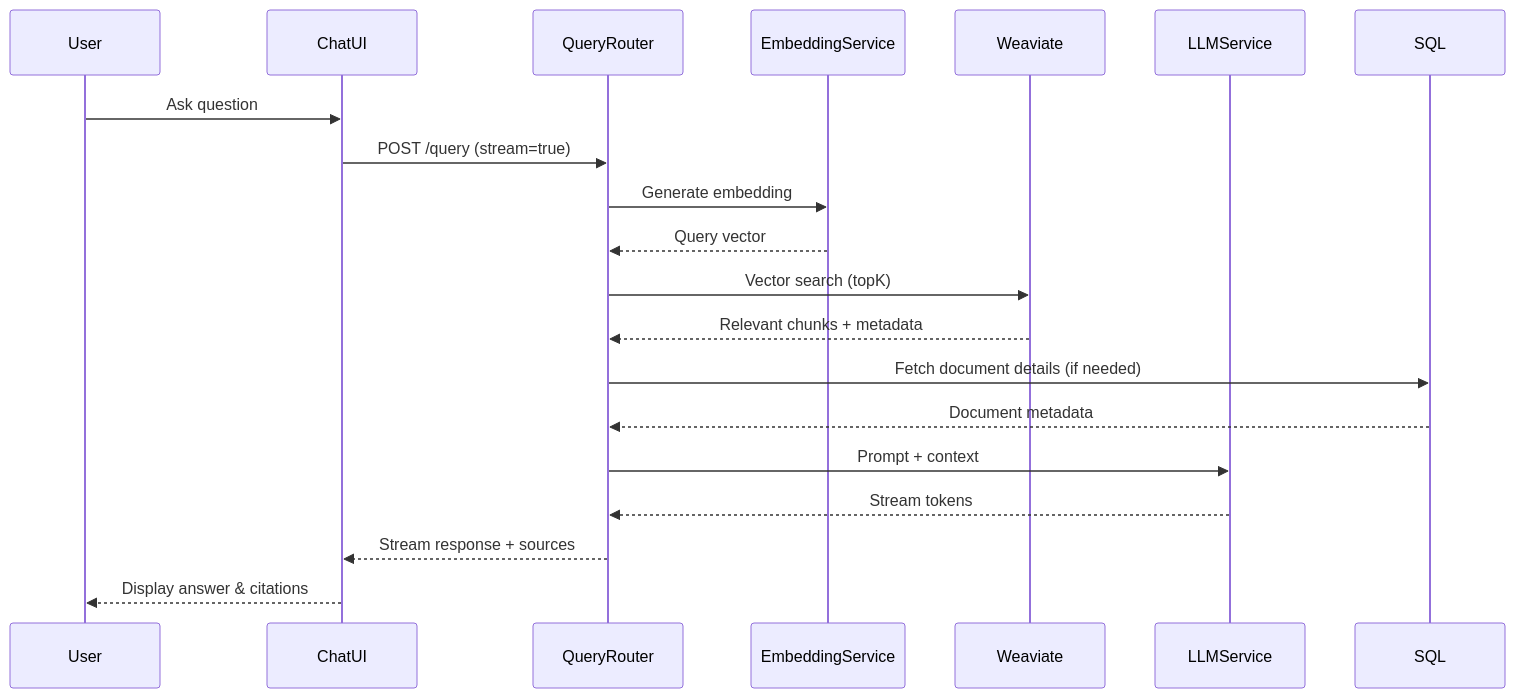
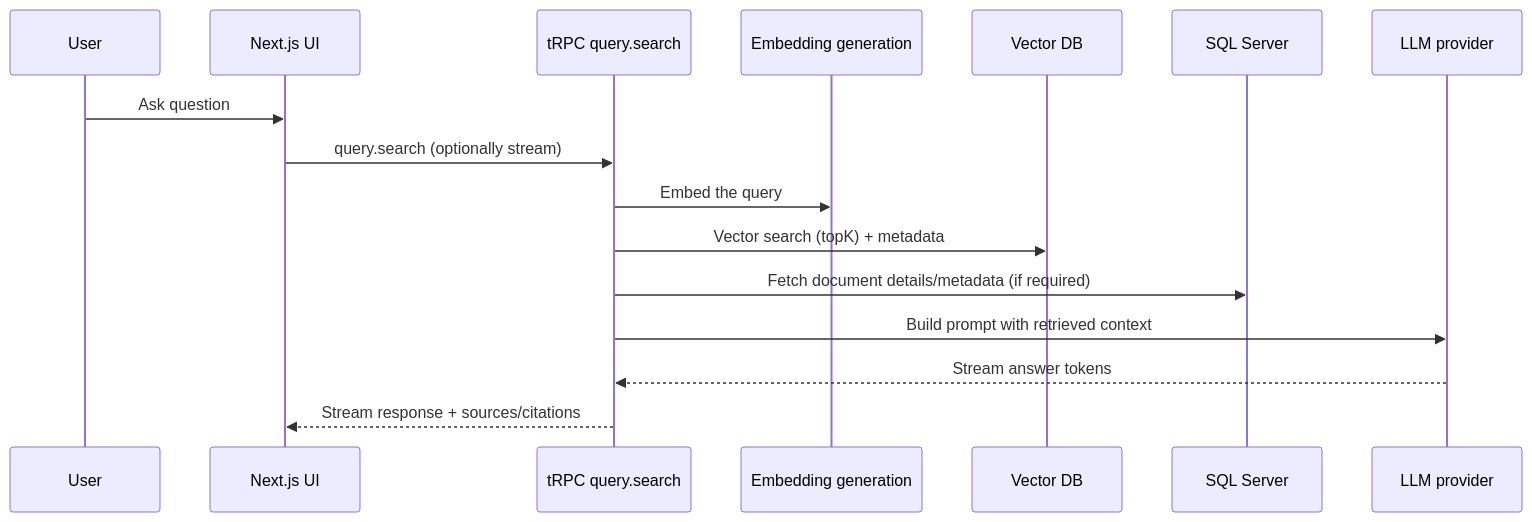
One commit to kk666679/mat-jenin-vector-database changed the fifth of 5 diagrams in README.md. Above: the diagram before and after it, drawn with Mermaid. The commit also changed other lines of this file and 89 other files, not shown here.

````diff
--- a/README.md
+++ b/README.md
@@ -117,23 +217,19 @@
 ```mermaid
 sequenceDiagram
-    participant User
-    participant ChatUI
-    participant QueryRouter
-    participant EmbeddingService
-    participant Weaviate
-    participant LLMService
-    participant SQL
+  participant User
+  participant UI as Next.js UI
+  participant API as tRPC query.search
+  participant Embed as Embedding generation
+  participant Vector as Vector DB
+  participant SQL as SQL Server
+  participant LLM as LLM provider
 
-    User->>ChatUI: Ask question
-    ChatUI->>QueryRouter: POST /query (stream=true)
-    QueryRouter->>EmbeddingService: Generate embedding
-    EmbeddingService-->>QueryRouter: Query vector
-    QueryRouter->>Weaviate: Vector search (topK)
-    Weaviate-->>QueryRouter: Relevant chunks + metadata
-    QueryRouter->>SQL: Fetch document details (if needed)
-    SQL-->>QueryRouter: Document metadata
-    QueryRouter->>LLMService: Prompt + context
-    LLMService-->>QueryRouter: Stream tokens
-    QueryRouter-->>ChatUI: Stream response + sources
-    ChatUI-->>User: Display answer & citations
+  User->>UI: Ask question
+  UI->>API: query.search (optionally stream)
+  API->>Embed: Embed the query
+  API->>Vector: Vector search (topK) + metadata
+  API->>SQL: Fetch document details/metadata (if required)
+  API->>LLM: Build prompt with retrieved context
+  LLM-->>API: Stream answer tokens
+  API-->>UI: Stream response + sources/citations
 ```
````
